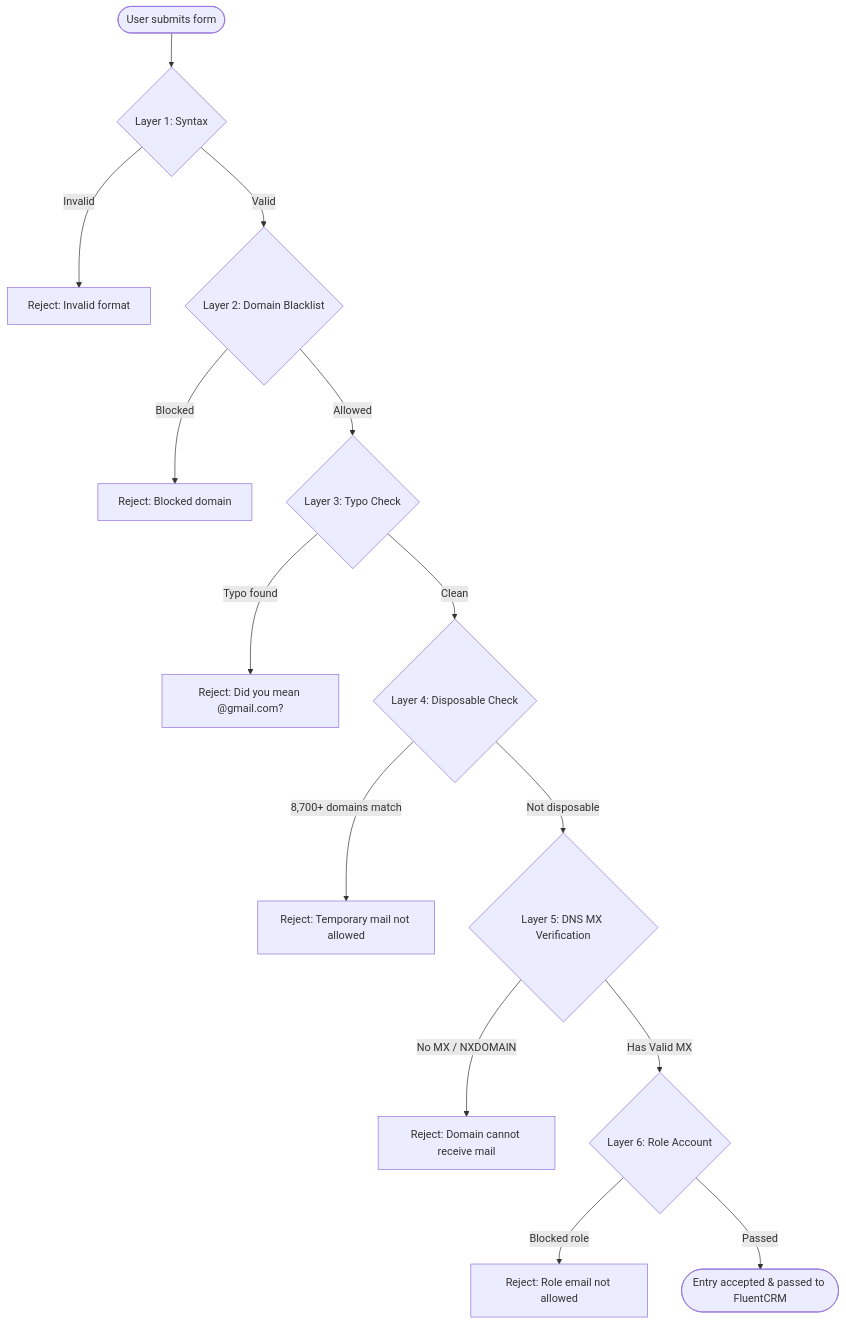
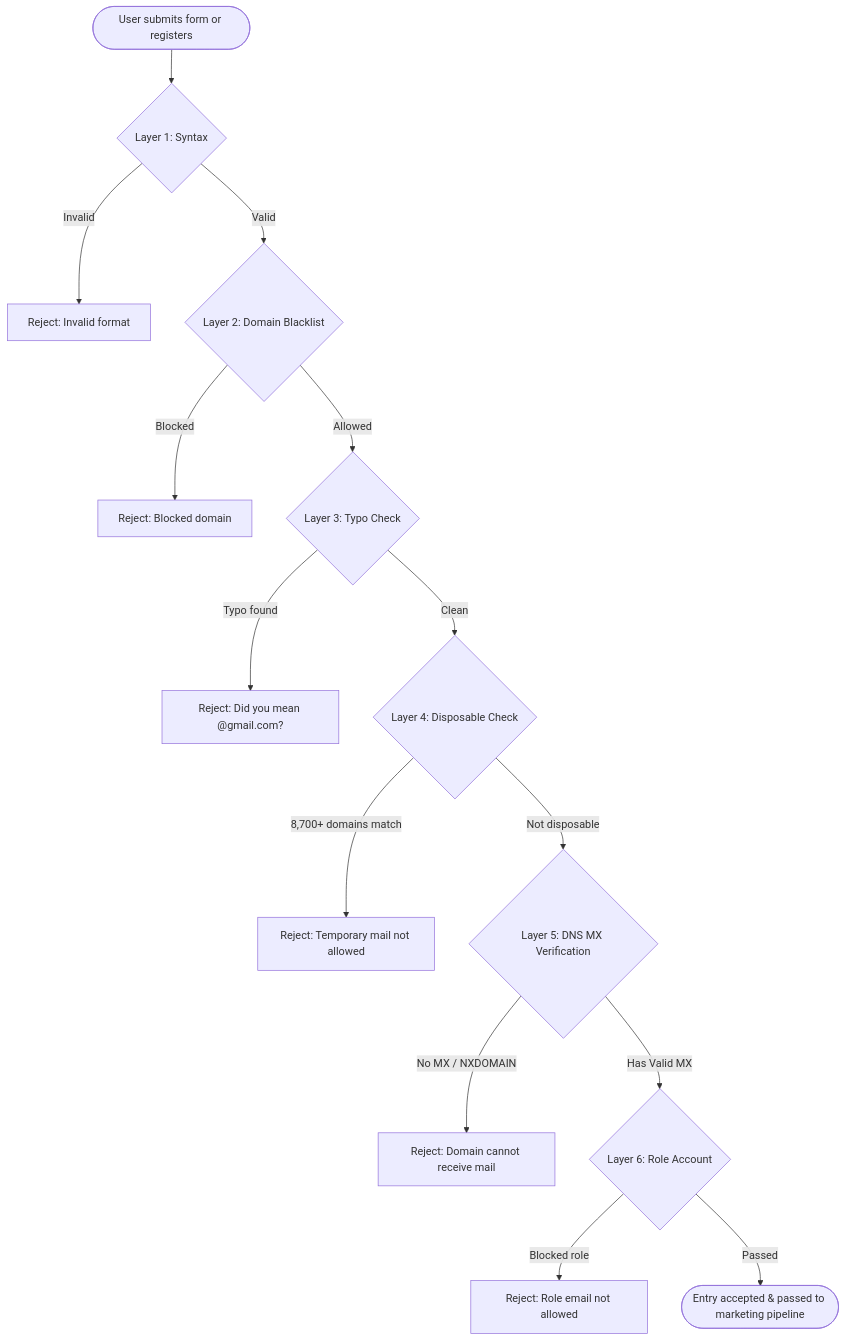
Before and after one commit to vecyang1/fluentform-email-guard: the diagram in README.md, drawn with Mermaid. The commit also changed other lines of this file and 5 other files, not shown here.

````diff
--- a/README.md
+++ b/README.md
@@ -18,16 +29,16 @@
 ```mermaid
 flowchart TD
-    User([User submits form]) --> L1{Layer 1: Syntax}
+    User([User submits form or registers]) --> L1{Layer 1: Syntax}
     L1 -- Invalid --> Err1[Reject: Invalid format]
     L1 -- Valid --> L2{Layer 2: Domain Blacklist}
     L2 -- Blocked --> Err2[Reject: Blocked domain]
     L2 -- Allowed --> L3{Layer 3: Typo Check}
     L3 -- Typo found --> Err3[Reject: Did you mean @gmail.com?]
     L3 -- Clean --> L4{Layer 4: Disposable Check}
     L4 -- 8,700+ domains match --> Err4[Reject: Temporary mail not allowed]
     L4 -- Not disposable --> L5{Layer 5: DNS MX Verification}
     L5 -- No MX / NXDOMAIN --> Err5[Reject: Domain cannot receive mail]
     L5 -- Has Valid MX --> L6{Layer 6: Role Account}
     L6 -- Blocked role --> Err6[Reject: Role email not allowed]
-    L6 -- Passed --> Save([Entry accepted & passed to FluentCRM])
+    L6 -- Passed --> Save([Entry accepted & passed to marketing pipeline])
 ```
````
